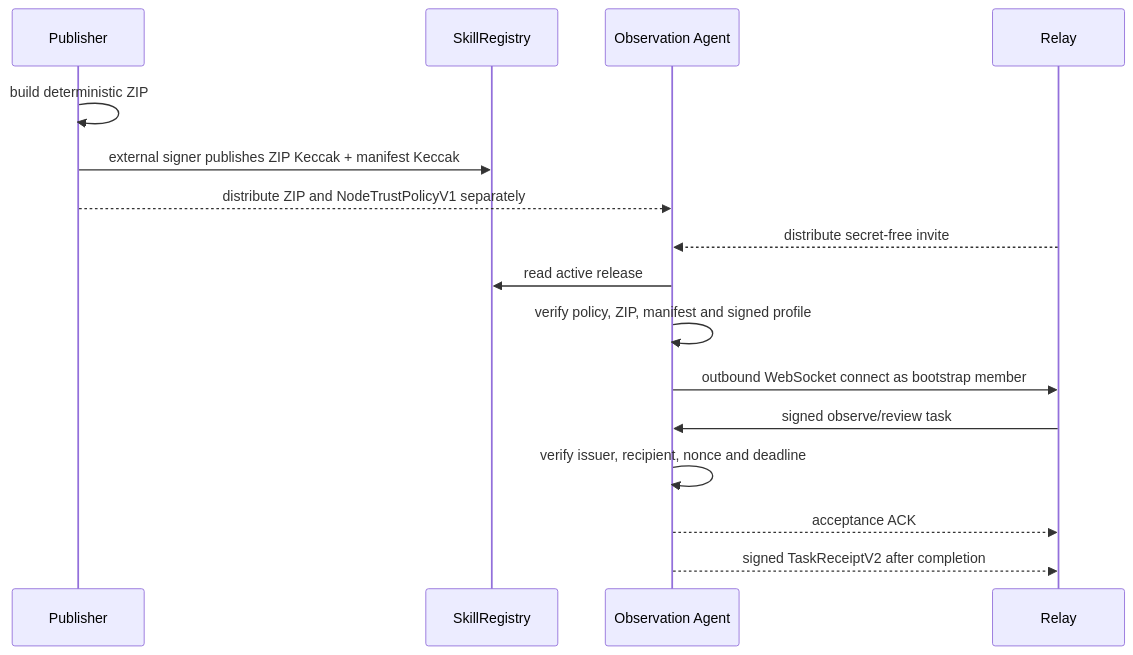
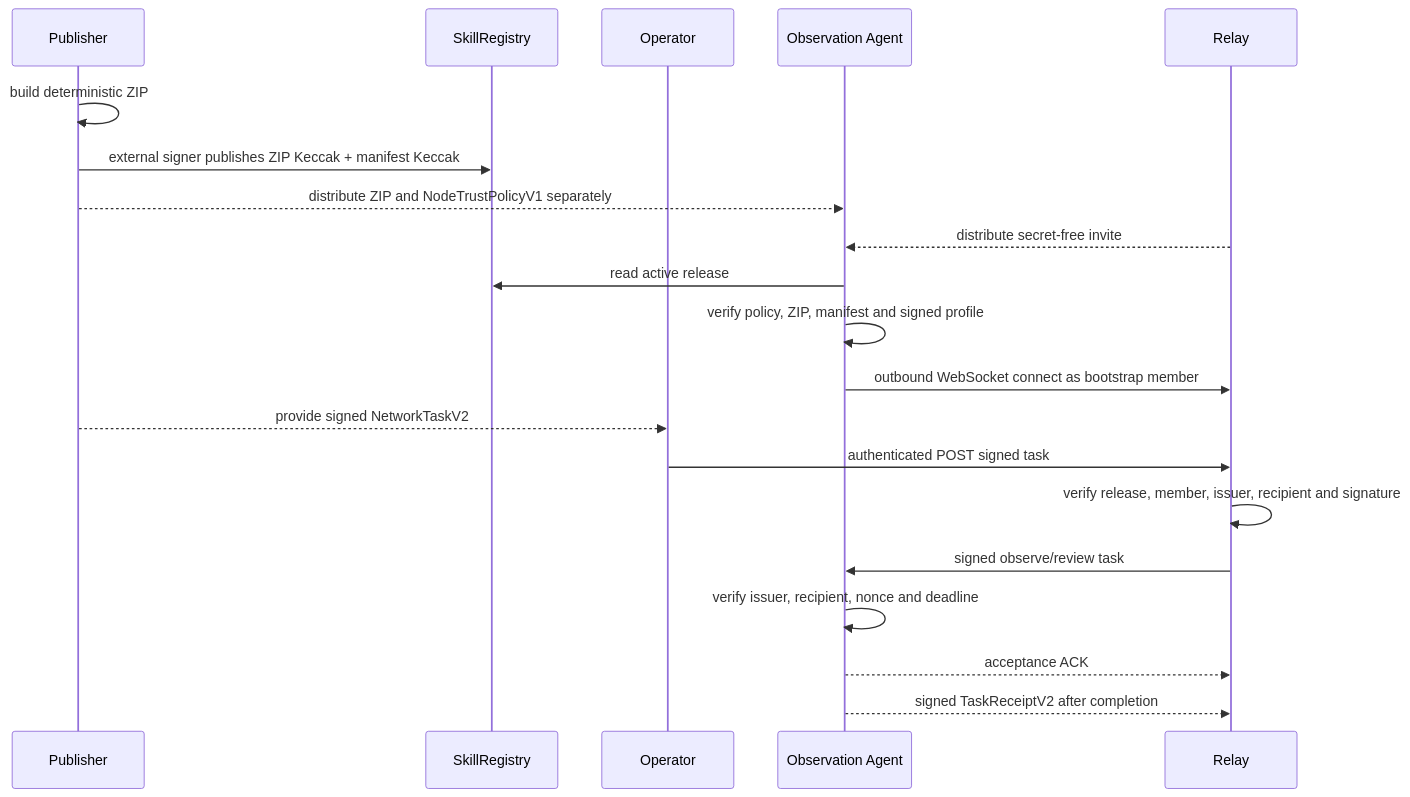
Before and after one commit to Wenbobobo/loveengine-witness-skill: the second of 4 diagrams in docs/architecture/witness-core-and-data-flow.zh-CN.md, drawn with Mermaid. The commit also changed other lines of this file and 41 other files, not shown here.

```diff
--- a/docs/architecture/witness-core-and-data-flow.zh-CN.md
+++ b/docs/architecture/witness-core-and-data-flow.zh-CN.md
@@ -56,18 +57,22 @@
 ~~~mermaid
 sequenceDiagram
     participant P as Publisher
     participant R as SkillRegistry
+    participant O as Operator
     participant N as Observation Agent
     participant H as Relay
     P->>P: build deterministic ZIP
     P->>R: external signer publishes ZIP Keccak + manifest Keccak
     P-->>N: distribute ZIP and NodeTrustPolicyV1 separately
     H-->>N: distribute secret-free invite
     N->>R: read active release
     N->>N: verify policy, ZIP, manifest and signed profile
     N->>H: outbound WebSocket connect as bootstrap member
+    P-->>O: provide signed NetworkTaskV2
+    O->>H: authenticated POST signed task
+    H->>H: verify release, member, issuer, recipient and signature
     H->>N: signed observe/review task
     N->>N: verify issuer, recipient, nonce and deadline
     N-->>H: acceptance ACK
     N-->>H: signed TaskReceiptV2 after completion
 ~~~
```
